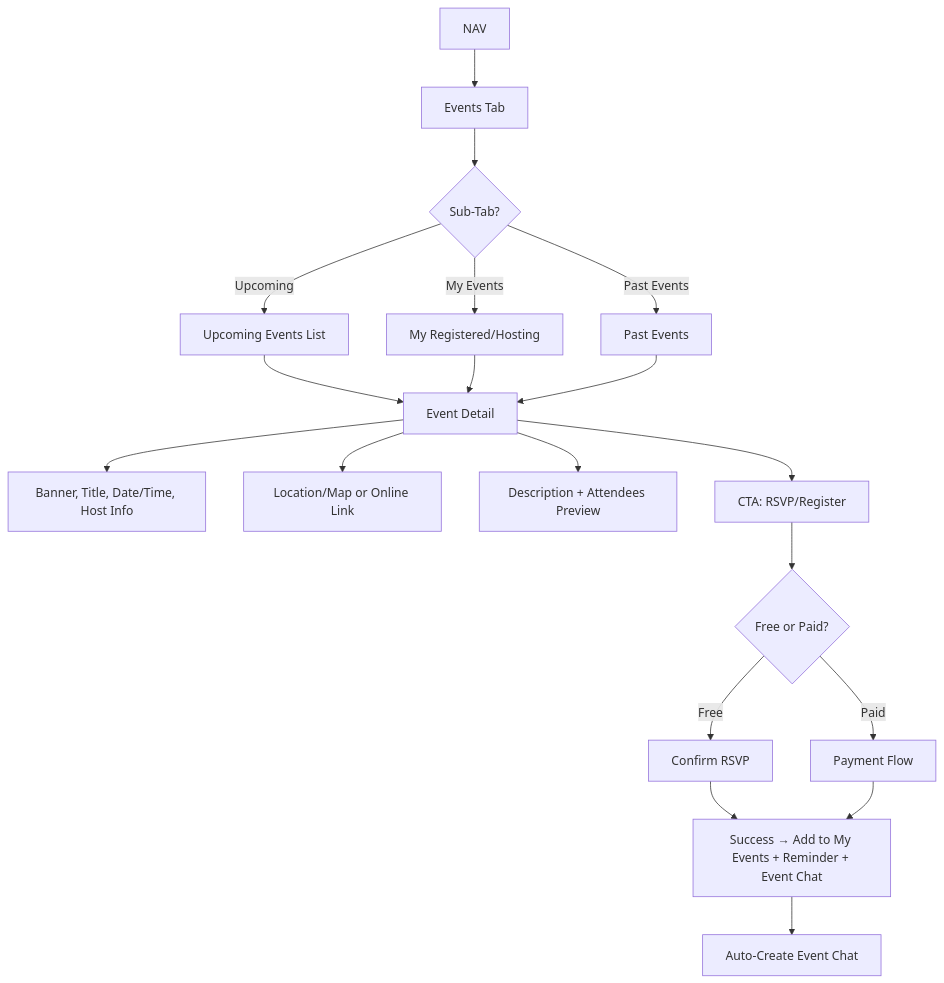
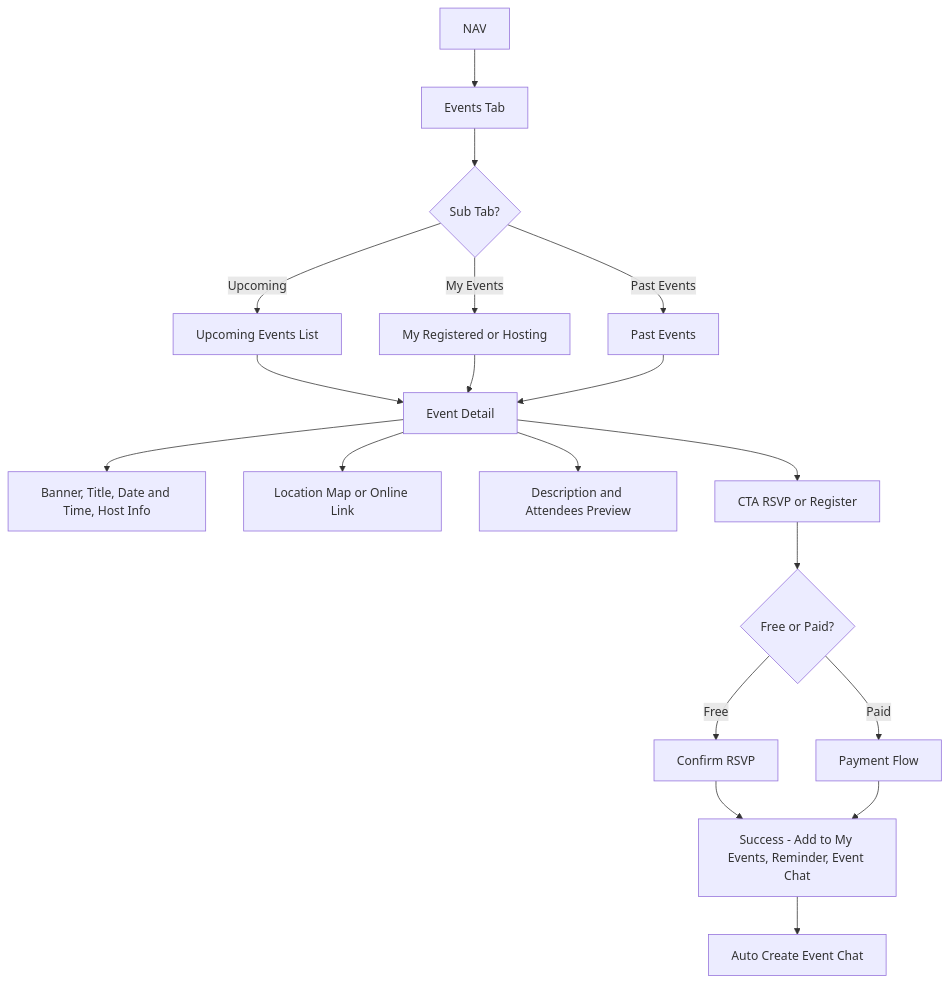
One commit to SrikanthKoti/nxtup_design changed the third of 5 diagrams in nxtup_new_userflows.md. Above: the diagram before and after it, drawn with Mermaid. The commit also changed other lines of this file, not shown here.

````diff
--- a/nxtup_new_userflows.md
+++ b/nxtup_new_userflows.md
@@ -72,27 +72,27 @@
 ```mermaid
 flowchart TD
   NAV --> EV[Events Tab]
-  EV --> E1{Sub-Tab?}
+  EV --> E1{Sub Tab?}
   E1 -- Upcoming --> E2[Upcoming Events List]
-  E1 -- My Events --> E3[My Registered/Hosting]
+  E1 -- My Events --> E3[My Registered or Hosting]
   E1 -- Past Events --> E4[Past Events]
 
   %% Event Detail
   E2 --> ED[Event Detail]
   E3 --> ED
   E4 --> ED
 
-  ED --> ED1[Banner, Title, Date/Time, Host Info]
-  ED --> ED2[Location/Map or Online Link]
-  ED --> ED3[Description + Attendees Preview]
-  ED --> ED4[CTA: RSVP/Register]
+  ED --> ED1[Banner, Title, Date and Time, Host Info]
+  ED --> ED2[Location Map or Online Link]
+  ED --> ED3[Description and Attendees Preview]
+  ED --> ED4[CTA RSVP or Register]
 
-  %% RSVP/Register
+  %% RSVP or Register
   ED4 --> R1{Free or Paid?}
   R1 -- Free --> R2[Confirm RSVP]
   R1 -- Paid --> R3[Payment Flow]
 
-  R2 --> RS[Success → Add to My Events + Reminder + Event Chat]
+  R2 --> RS[Success - Add to My Events, Reminder, Event Chat]
   R3 --> RS
-  RS --> CH1[Auto-Create Event Chat]
+  RS --> CH1[Auto Create Event Chat]
 ```
````
